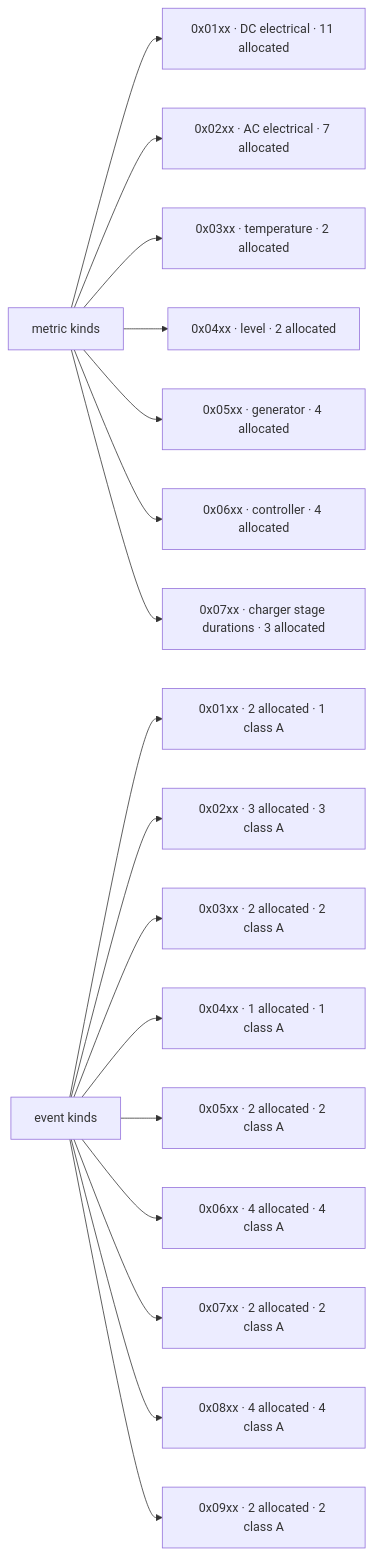
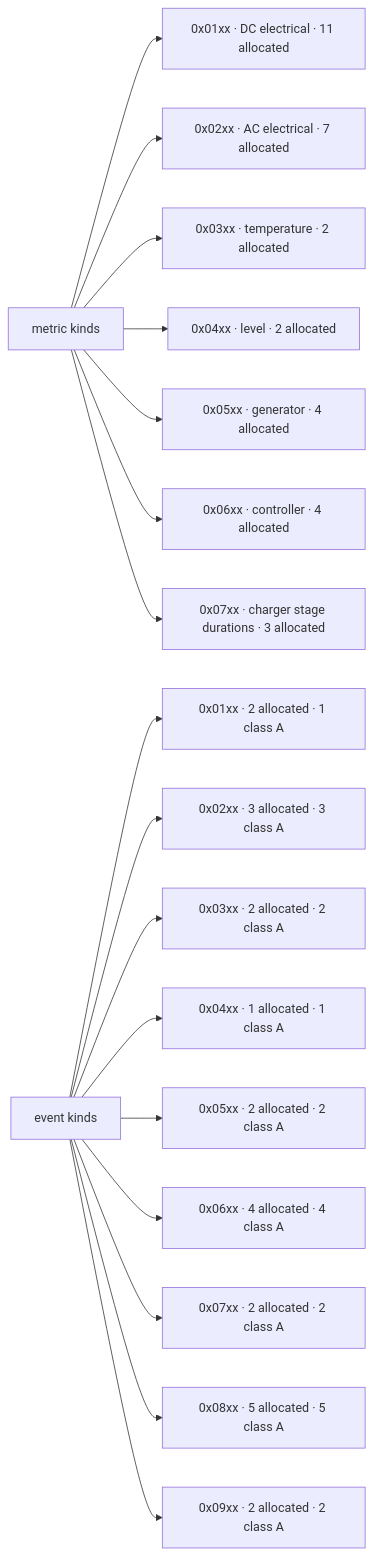
Before and after one commit to origin89hq/km43: the second of 2 diagrams in docs/protocol/MAP.md, drawn with Mermaid. The commit also changed 14 other files, not shown here.

````diff
--- a/docs/protocol/MAP.md
+++ b/docs/protocol/MAP.md
@@ -125,21 +125,21 @@
 ```mermaid
 flowchart LR
   metrics["metric kinds"]
   events["event kinds"]
   metrics --> m1["0x01xx · DC electrical · 11 allocated"]
   metrics --> m2["0x02xx · AC electrical · 7 allocated"]
   metrics --> m3["0x03xx · temperature · 2 allocated"]
   metrics --> m4["0x04xx · level · 2 allocated"]
   metrics --> m5["0x05xx · generator · 4 allocated"]
   metrics --> m6["0x06xx · controller · 4 allocated"]
   metrics --> m7["0x07xx · charger stage durations · 3 allocated"]
   events --> e1["0x01xx · 2 allocated · 1 class A"]
   events --> e2["0x02xx · 3 allocated · 3 class A"]
   events --> e3["0x03xx · 2 allocated · 2 class A"]
   events --> e4["0x04xx · 1 allocated · 1 class A"]
   events --> e5["0x05xx · 2 allocated · 2 class A"]
   events --> e6["0x06xx · 4 allocated · 4 class A"]
   events --> e7["0x07xx · 2 allocated · 2 class A"]
-  events --> e8["0x08xx · 4 allocated · 4 class A"]
+  events --> e8["0x08xx · 5 allocated · 5 class A"]
   events --> e9["0x09xx · 2 allocated · 2 class A"]
 ```
````
